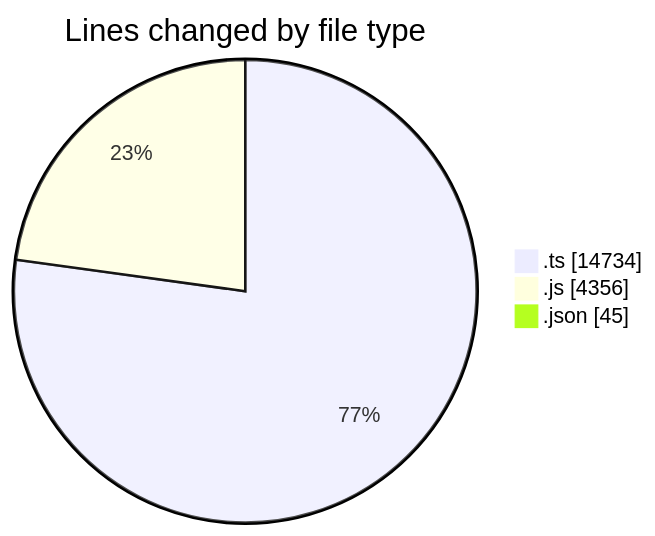
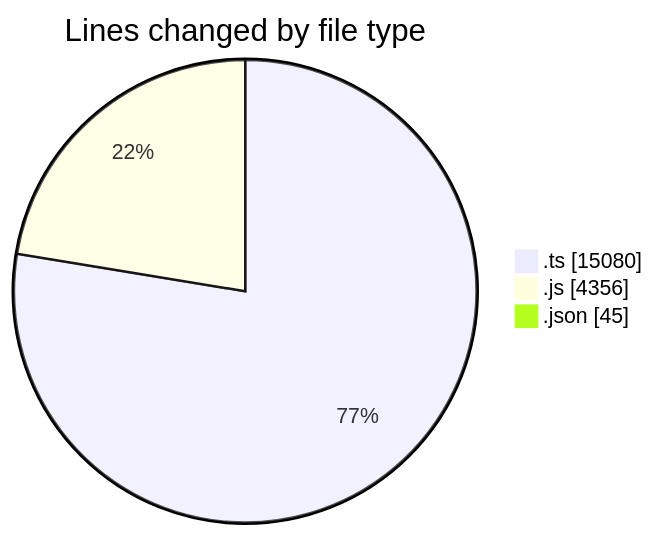
Before and after one commit to momahboobian/code-tracking: the first of 2 diagrams in 2025-07-29/cda/README.md, drawn with Mermaid. The commit also changed other lines of this file and 1 other file, not shown here.

````diff
--- a/2025-07-29/cda/README.md
+++ b/2025-07-29/cda/README.md
@@ -28,7 +29,7 @@
 ```mermaid
 pie showData
 title Lines changed by file type
-".ts" : 14734
+".ts" : 15080
 ".js" : 4356
 ".json" : 45
 ```
````
